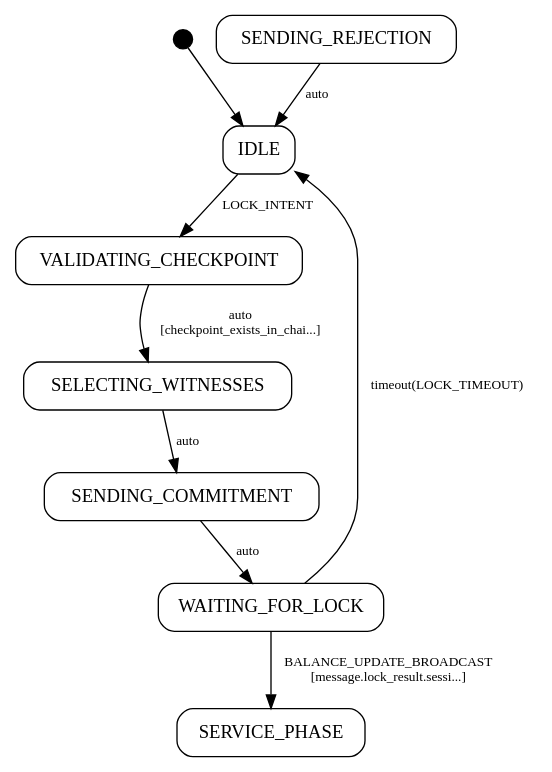
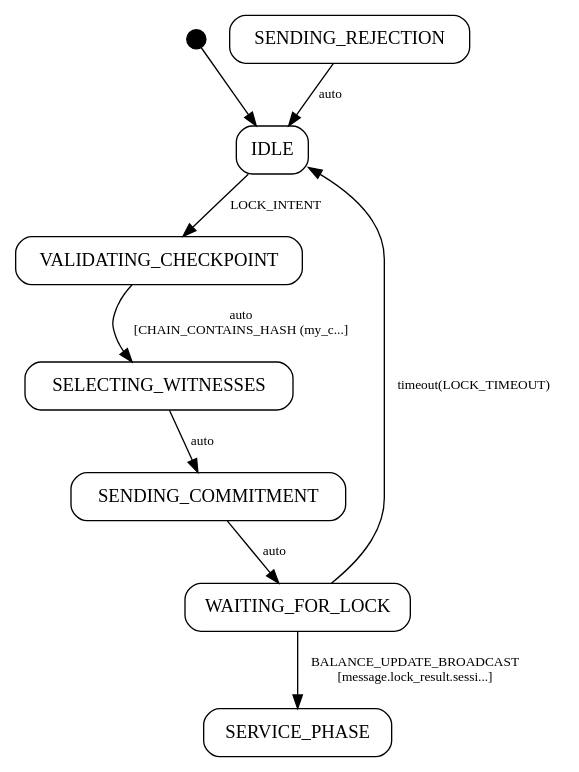
The diagram in docs/protocol/transactions/graphs/00_escrow_lock_provider.dot (mjtomei/omerta_node), drawn with Graphviz before and after one commit. The commit also changed 24 other files, not shown here.

```diff
--- a/docs/protocol/transactions/graphs/00_escrow_lock_provider.dot
+++ b/docs/protocol/transactions/graphs/00_escrow_lock_provider.dot
@@ -1,17 +1,17 @@
 digraph {
     rankdir=TB;
     node [shape=box, style=rounded];
     edge [fontsize=10];
 
     __start__ [shape=point, width=0.2];
     __start__ -> IDLE;
 
 
     IDLE -> VALIDATING_CHECKPOINT [label="LOCK_INTENT"];
-    VALIDATING_CHECKPOINT -> SELECTING_WITNESSES [label="auto\n[checkpoint_exists_in_chai...]"];
+    VALIDATING_CHECKPOINT -> SELECTING_WITNESSES [label="auto\n[CHAIN_CONTAINS_HASH (my_c...]"];
     SENDING_REJECTION -> IDLE [label="auto"];
     SELECTING_WITNESSES -> SENDING_COMMITMENT [label="auto"];
     SENDING_COMMITMENT -> WAITING_FOR_LOCK [label="auto"];
     WAITING_FOR_LOCK -> SERVICE_PHASE [label="BALANCE_UPDATE_BROADCAST\n[message.lock_result.sessi...]"];
     WAITING_FOR_LOCK -> IDLE [label="timeout(LOCK_TIMEOUT)"];
 }
```
